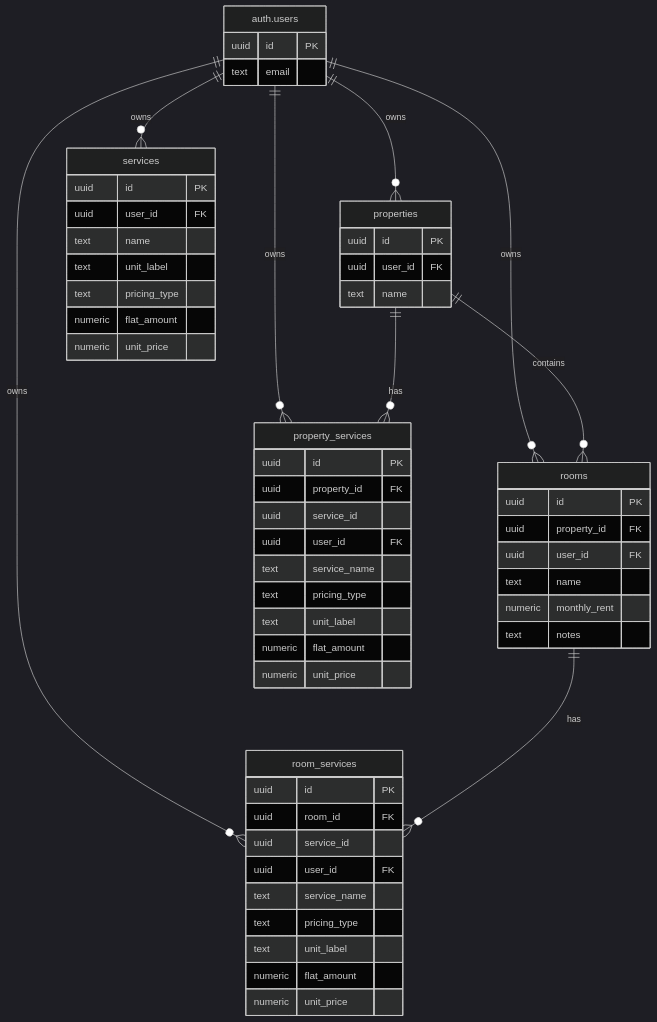
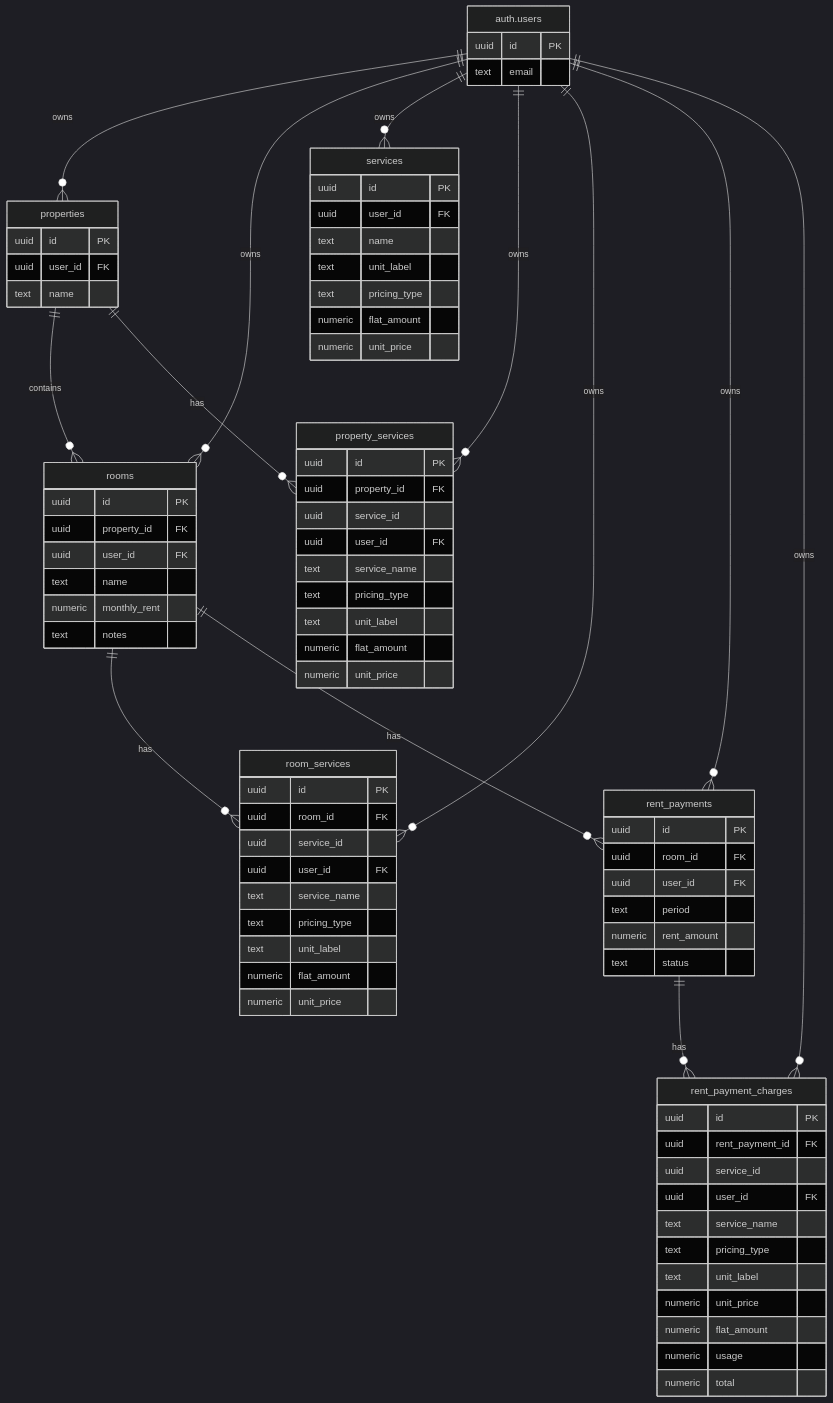
The diagram in docs/database.md (antritue/lumo), drawn with Mermaid (dark theme) before and after one commit. The commit also changed other lines of this file and 19 other files, not shown here.

````diff
--- a/docs/database.md
+++ b/docs/database.md
@@ -13,9 +13,13 @@
     "auth.users" ||--o{ services : "owns"
     "auth.users" ||--o{ property_services : "owns"
     "auth.users" ||--o{ room_services : "owns"
+    "auth.users" ||--o{ rent_payments : "owns"
+    "auth.users" ||--o{ rent_payment_charges : "owns"
     properties ||--o{ rooms : "contains"
     properties ||--o{ property_services : "has"
     rooms ||--o{ room_services : "has"
+    rooms ||--o{ rent_payments : "has"
+    rent_payments ||--o{ rent_payment_charges : "has"
     "auth.users" {
         uuid id PK
         text email
@@ -64,4 +68,25 @@
         numeric flat_amount
         numeric unit_price
     }
+    rent_payments {
+        uuid id PK
+        uuid room_id FK
+        uuid user_id FK
+        text period
+        numeric rent_amount
+        text status
+    }
+    rent_payment_charges {
+        uuid id PK
+        uuid rent_payment_id FK
+        uuid service_id
+        uuid user_id FK
+        text service_name
+        text pricing_type
+        text unit_label
+        numeric unit_price
+        numeric flat_amount
+        numeric usage
+        numeric total
+    }
 ```
````
